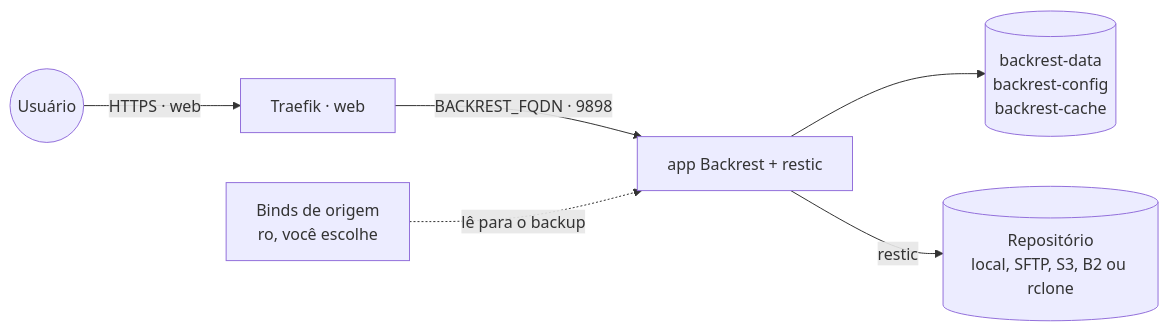
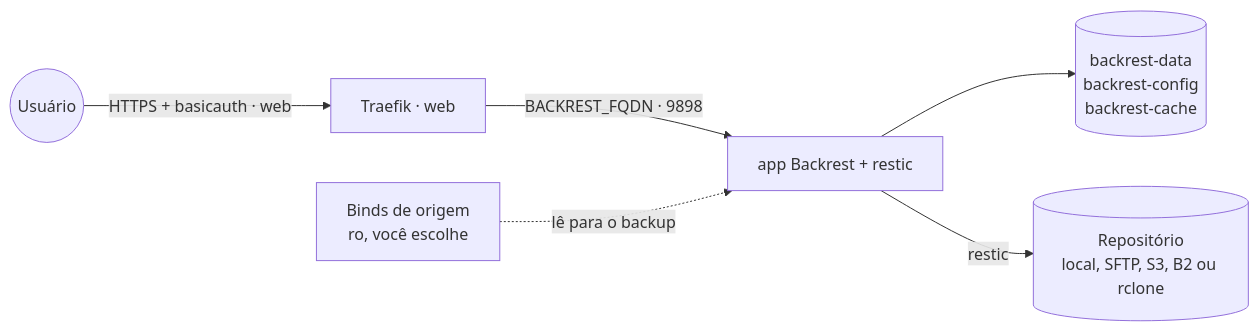
The first of 2 diagrams in backrest/README.md (marcelofmatos/portainer-stacks), drawn with Mermaid before and after one commit. The commit also changed other lines of this file and 5 other files, not shown here.

````diff
--- a/backrest/README.md
+++ b/backrest/README.md
@@ -14,8 +17,8 @@
 ```mermaid
 flowchart LR
-    user((Usuário)) -->|HTTPS · web| traefik[Traefik · web]
+    user((Usuário)) -->|HTTPS + basicauth · web| traefik[Traefik · web]
     traefik -->|BACKREST_FQDN · 9898| app[app Backrest + restic]
     app --> vol[(backrest-data<br/>backrest-config<br/>backrest-cache)]
     fontes[Binds de origem<br/>ro, você escolhe] -.->|lê para o backup| app
     app -->|restic| repo[(Repositório<br/>local, SFTP, S3, B2 ou rclone)]
 ```
````
